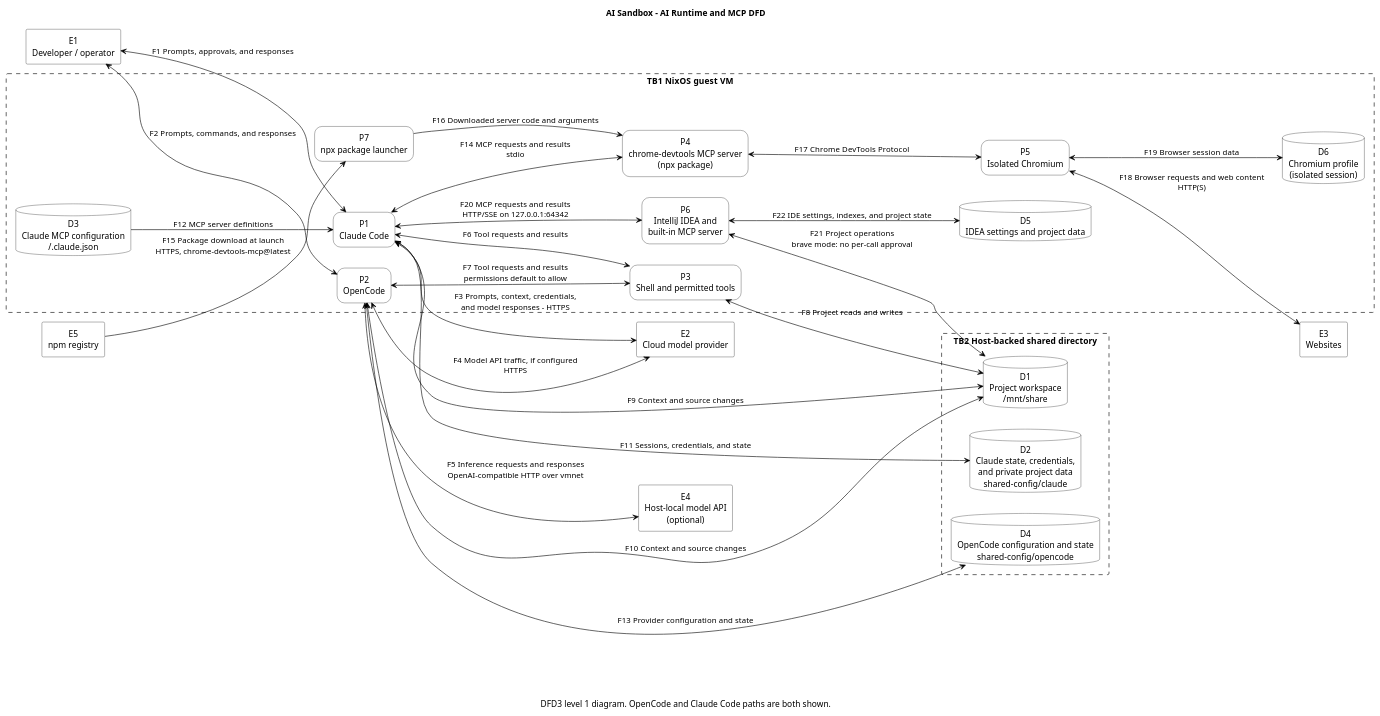
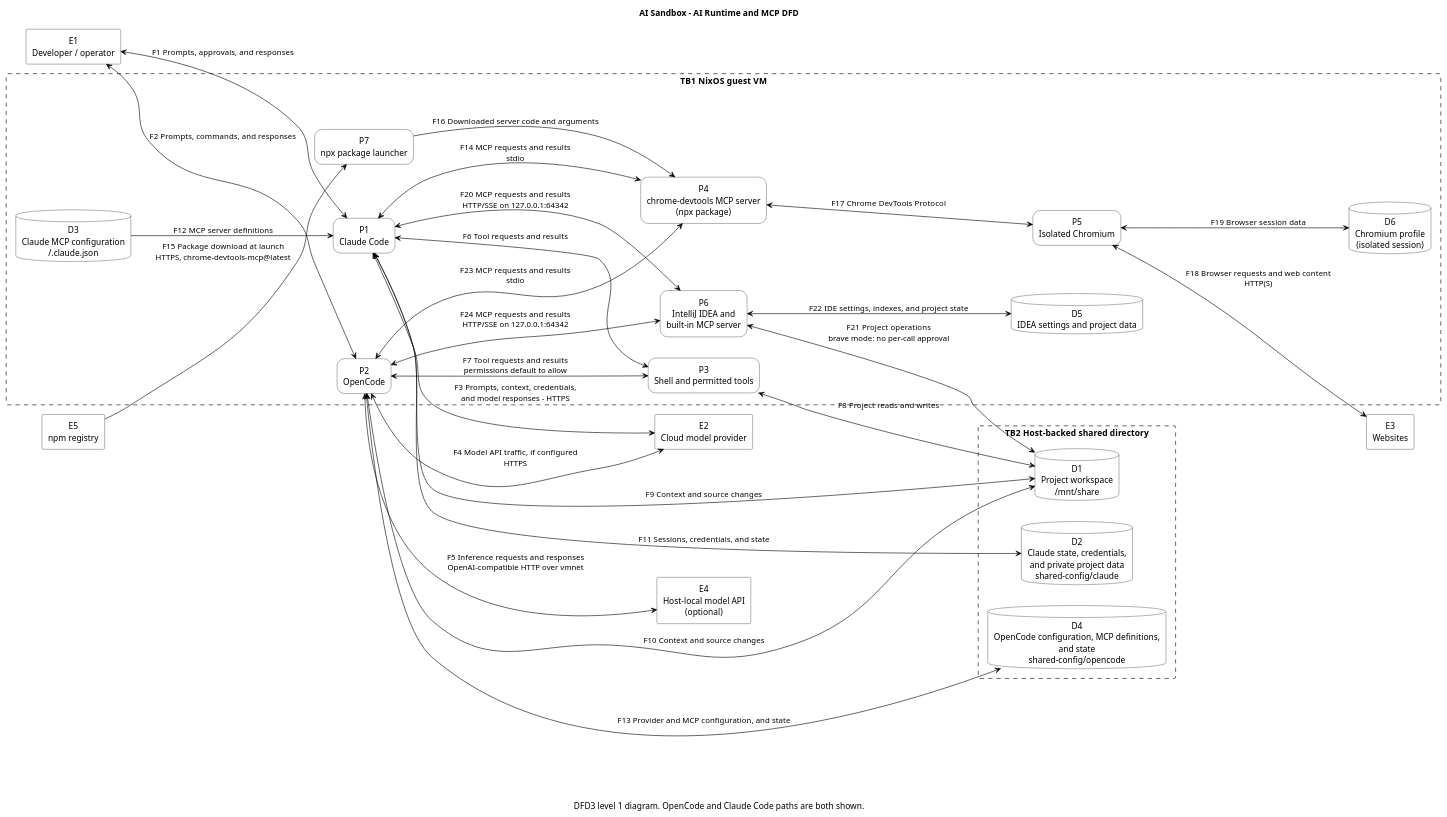
The diagram in docs/diagrams/ai-runtime-mcp.puml (AleksiAhtiainen/ai-sandbox), drawn with PlantUML before and after one commit. The commit also changed 6 other files, not shown here.

```diff
--- a/docs/diagrams/ai-runtime-mcp.puml
+++ b/docs/diagrams/ai-runtime-mcp.puml
@@ -1,82 +1,85 @@
 @startuml ai-runtime-mcp
 title AI Sandbox - AI Runtime and MCP DFD
 caption DFD3 level 1 diagram. OpenCode and Claude Code paths are both shown.
 
 left to right direction
 skinparam monochrome true
 skinparam backgroundColor white
 skinparam shadowing false
 skinparam defaultTextAlignment center
 skinparam ArrowColor black
 hide stereotype
 skinparam rectangle {
   BackgroundColor white
   BorderColor black
 }
 skinparam database {
   BackgroundColor white
   BorderColor black
 }
 skinparam rectangle<<process>> {
   RoundCorner 25
 }
 skinparam rectangle<<trust-boundary>> {
   BorderStyle dashed
   BackgroundColor transparent
 }
 
 rectangle "E1\nDeveloper / operator" as E1
 rectangle "E2\nCloud model provider" as E2
 rectangle "E3\nWebsites" as E3
 rectangle "E4\nHost-local model API\n(optional)" as E4
 rectangle "E5\nnpm registry" as E5
 
 rectangle "TB1  NixOS guest VM" as TB1 <<trust-boundary>> {
   rectangle "P1\nClaude Code" as P1 <<process>>
   rectangle "P2\nOpenCode" as P2 <<process>>
   rectangle "P3\nShell and permitted tools" as P3 <<process>>
   rectangle "P4\nchrome-devtools MCP server\n(npx package)" as P4 <<process>>
   rectangle "P5\nIsolated Chromium" as P5 <<process>>
   rectangle "P6\nIntelliJ IDEA and\nbuilt-in MCP server" as P6 <<process>>
   rectangle "P7\nnpx package launcher" as P7 <<process>>
 
   database "D3\nClaude MCP configuration\n~/.claude.json" as D3
   database "D5\nIDEA settings and project data" as D5
   database "D6\nChromium profile\n(isolated session)" as D6
 }
 
 rectangle "TB2  Host-backed shared directory" as TB2 <<trust-boundary>> {
   database "D1\nProject workspace\n/mnt/share" as D1
   database "D2\nClaude state, credentials,\nand private project data\nshared-config/claude" as D2
-  database "D4\nOpenCode configuration and state\nshared-config/opencode" as D4
+  database "D4\nOpenCode configuration, MCP definitions,\nand state\nshared-config/opencode" as D4
 }
 
 E1 <--> P1 : F1  Prompts, approvals, and responses
 E1 <--> P2 : F2  Prompts, commands, and responses
 
 P1 <--> E2 : F3  Prompts, context, credentials,\nand model responses - HTTPS
 P2 <--> E2 : F4  Model API traffic, if configured\nHTTPS
 P2 <--> E4 : F5  Inference requests and responses\nOpenAI-compatible HTTP over vmnet
 
 P1 <--> P3 : F6  Tool requests and results
 P2 <--> P3 : F7  Tool requests and results\npermissions default to allow
 P3 <--> D1 : F8  Project reads and writes
 P1 <--> D1 : F9  Context and source changes
 P2 <--> D1 : F10  Context and source changes
 
 P1 <--> D2 : F11  Sessions, credentials, and state
 D3 --> P1 : F12  MCP server definitions
-P2 <--> D4 : F13  Provider configuration and state
+P2 <--> D4 : F13  Provider and MCP configuration, and state
 
 P1 <--> P4 : F14  MCP requests and results\nstdio
 E5 --> P7 : F15  Package download at launch\nHTTPS, chrome-devtools-mcp@latest
 P7 --> P4 : F16  Downloaded server code and arguments
 P4 <--> P5 : F17  Chrome DevTools Protocol
 P5 <--> E3 : F18  Browser requests and web content\nHTTP(S)
 P5 <--> D6 : F19  Browser session data
 
 P1 <--> P6 : F20  MCP requests and results\nHTTP/SSE on 127.0.0.1:64342
 P6 <--> D1 : F21  Project operations\nbrave mode: no per-call approval
 P6 <--> D5 : F22  IDE settings, indexes, and project state
 
+P2 <--> P4 : F23  MCP requests and results\nstdio
+P2 <--> P6 : F24  MCP requests and results\nHTTP/SSE on 127.0.0.1:64342
+
 @enduml
```
